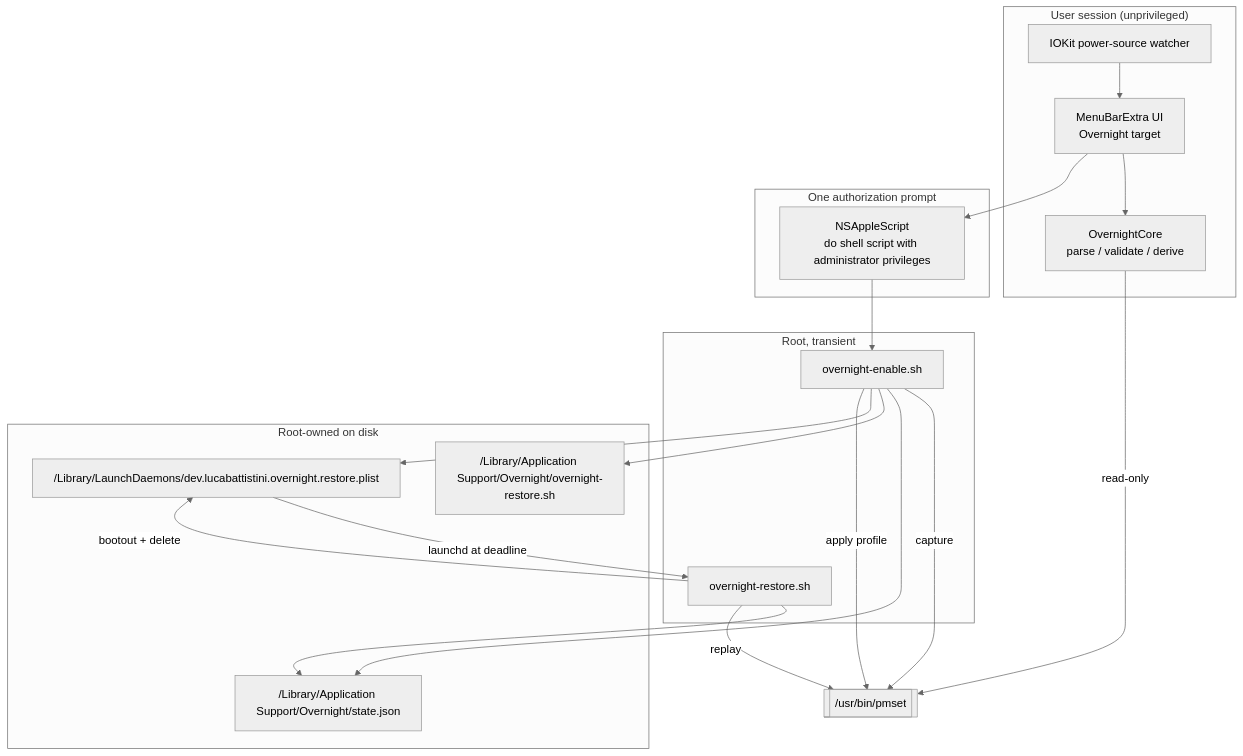
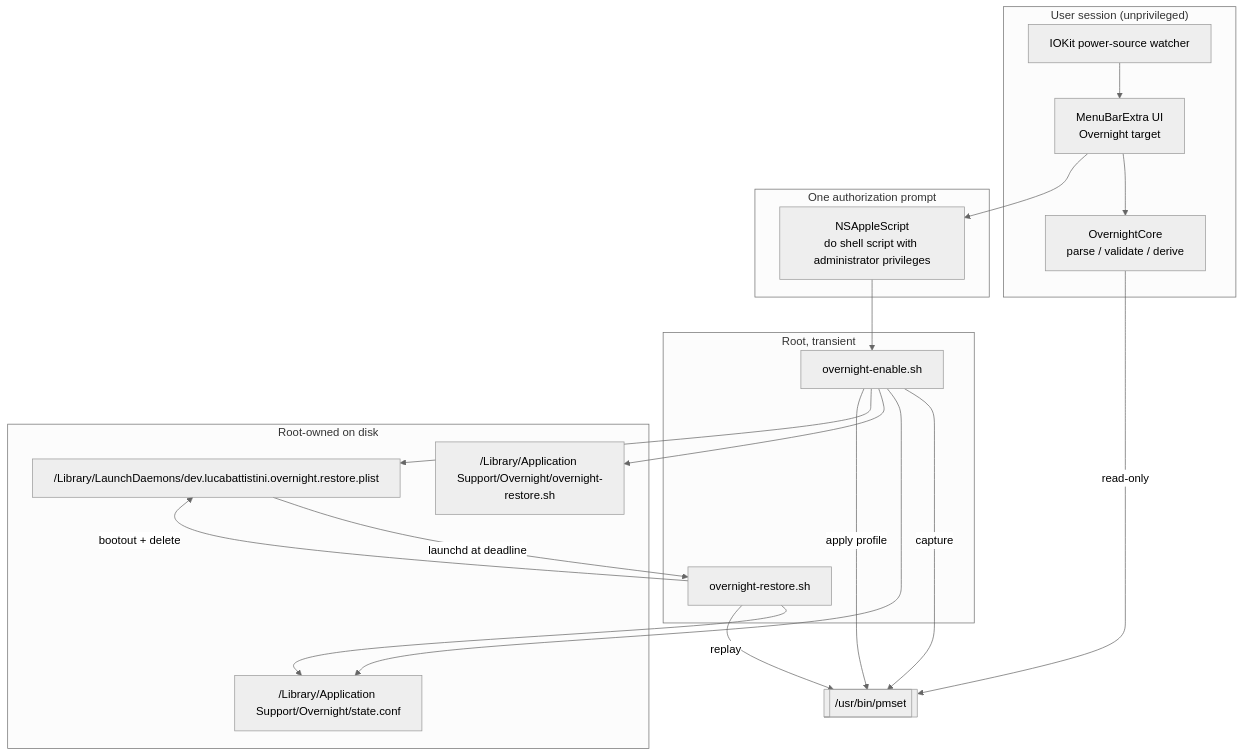
Before and after one commit to lucabattistini/overnight: the diagram in docs/plans/2026-09-09-overnight-menu-bar-app.md, drawn with Mermaid (neutral theme). The commit also changed other lines of this file, not shown here.

````diff
--- a/docs/plans/2026-09-09-overnight-menu-bar-app.md
+++ b/docs/plans/2026-09-09-overnight-menu-bar-app.md
@@ -154,35 +157,35 @@
 ```mermaid
 flowchart TB
   subgraph user["User session (unprivileged)"]
     UI["MenuBarExtra UI<br/>Overnight target"]
     CORE["OvernightCore<br/>parse / validate / derive"]
     AC["IOKit power-source watcher"]
   end
   subgraph auth["One authorization prompt"]
     AS["NSAppleScript<br/>do shell script with administrator privileges"]
   end
   subgraph root["Root, transient"]
     EN["overnight-enable.sh"]
     RS["overnight-restore.sh"]
   end
   subgraph disk["Root-owned on disk"]
-    ST["/Library/Application Support/Overnight/state.json"]
+    ST["/Library/Application Support/Overnight/state.conf"]
     SH["/Library/Application Support/Overnight/overnight-restore.sh"]
     PL["/Library/LaunchDaemons/dev.lucabattistini.overnight.restore.plist"]
   end
   PM[["/usr/bin/pmset"]]
 
   UI --> CORE
   AC --> UI
   UI --> AS --> EN
   EN -->|capture| PM
   EN --> ST
   EN --> SH
   EN --> PL
   EN -->|apply profile| PM
   PL -->|launchd at deadline| RS
   RS --> ST
   RS -->|replay| PM
   RS -->|bootout + delete| PL
   CORE -->|read-only| PM
 ```
````
